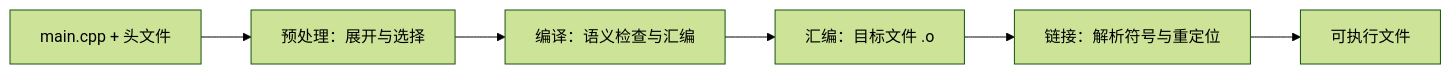
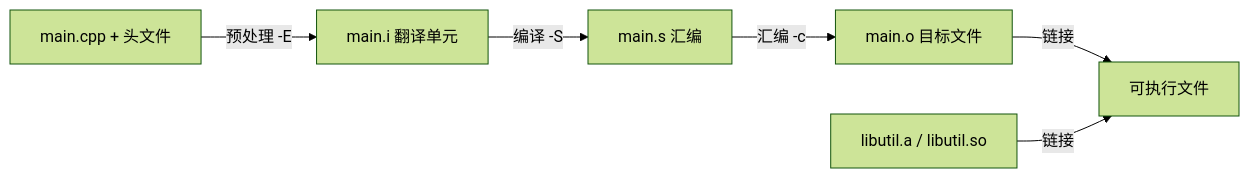
One commit to yjwyyds1/Summary_of_Notes changed the diagram in 八股/学习/2026-10-28/01-编译四阶段.md. Above: the diagram before and after it, drawn with Mermaid (forest theme). The commit also changed other lines of this file and 172 other files, not shown here.

````diff
--- a/八股/学习/2026-10-28/01-编译四阶段.md
+++ b/八股/学习/2026-10-28/01-编译四阶段.md
@@ -30,8 +45,8 @@
 ```mermaid
 flowchart LR
-  A["main.cpp + 头文件"] --> B["预处理：展开与选择"]
-  B --> C["编译：语义检查与汇编"]
-  C --> D["汇编：目标文件 .o"]
-  D --> E["链接：解析符号与重定位"]
-  E --> F["可执行文件"]
+  A["main.cpp + 头文件"] -->|预处理 -E| B["main.i 翻译单元"]
+  B -->|编译 -S| C["main.s 汇编"]
+  C -->|汇编 -c| D["main.o 目标文件"]
+  D -->|链接| E["可执行文件"]
+  F["libutil.a / libutil.so"] -->|链接| E
 ```
````
